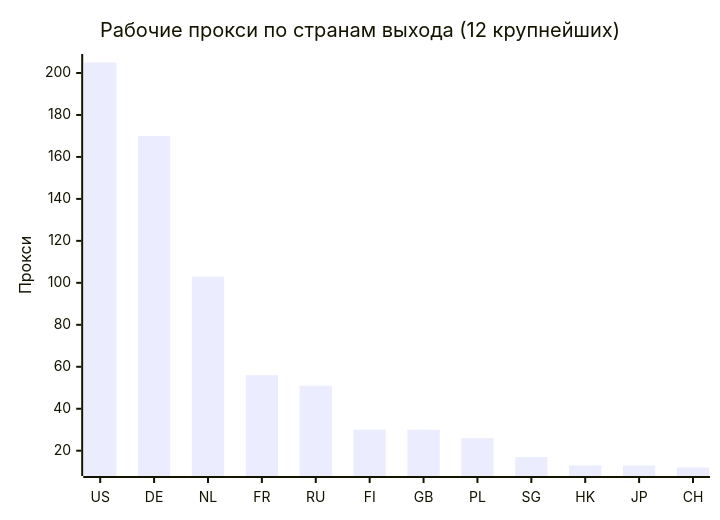
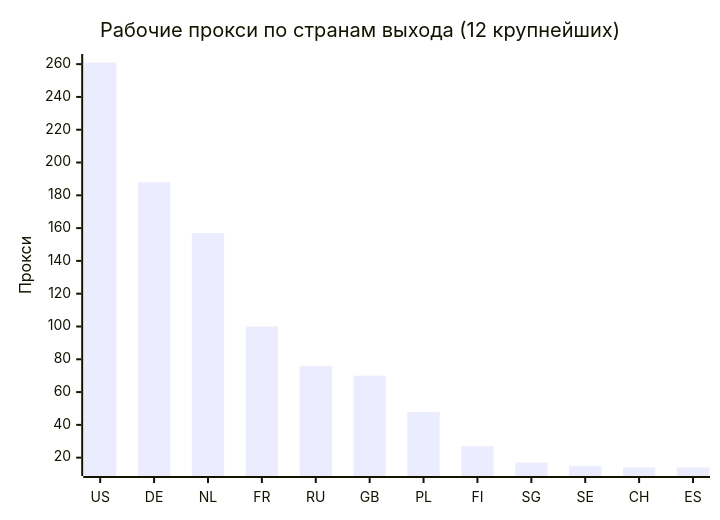
The second of 4 diagrams in README.md (rvvg/proxy-subs), drawn with Mermaid before and after one commit. The commit also changed other lines of this file and 51 other files, not shown here.

````diff
--- a/README.md
+++ b/README.md
@@ -132,7 +131,7 @@
 ```mermaid
 xychart-beta
     title "Рабочие прокси по странам выхода (12 крупнейших)"
-    x-axis ["US", "DE", "NL", "FR", "RU", "FI", "GB", "PL", "SG", "HK", "JP", "CH"]
+    x-axis ["US", "DE", "NL", "FR", "RU", "GB", "PL", "FI", "SG", "SE", "CH", "ES"]
     y-axis "Прокси"
-    bar [205, 170, 103, 56, 51, 30, 30, 26, 17, 13, 13, 12]
+    bar [261, 188, 157, 100, 76, 70, 48, 27, 17, 15, 14, 14]
 ```
````
